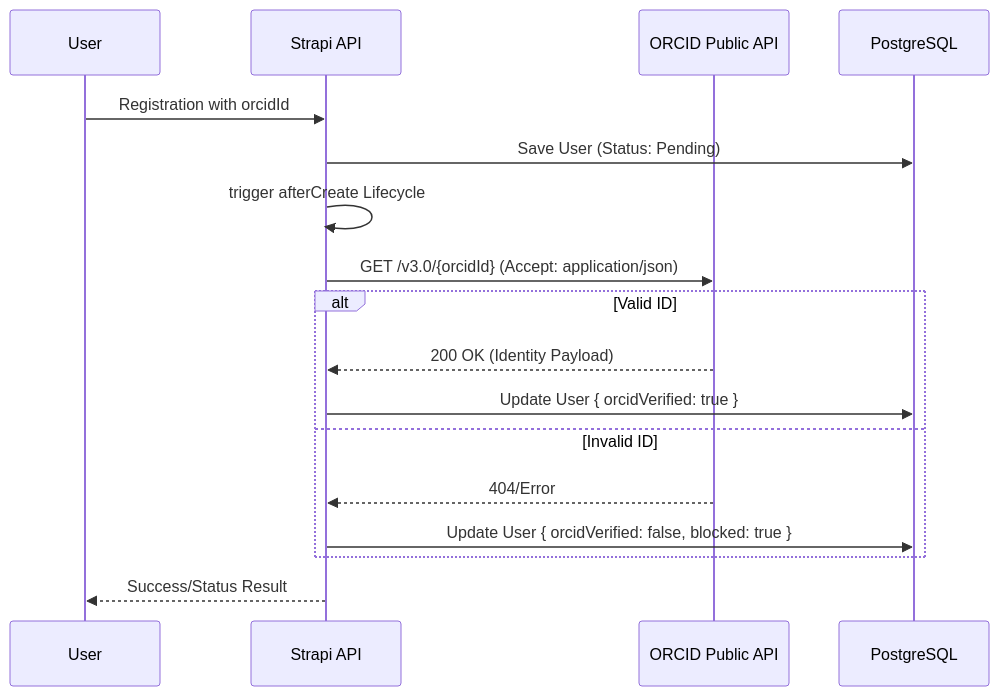
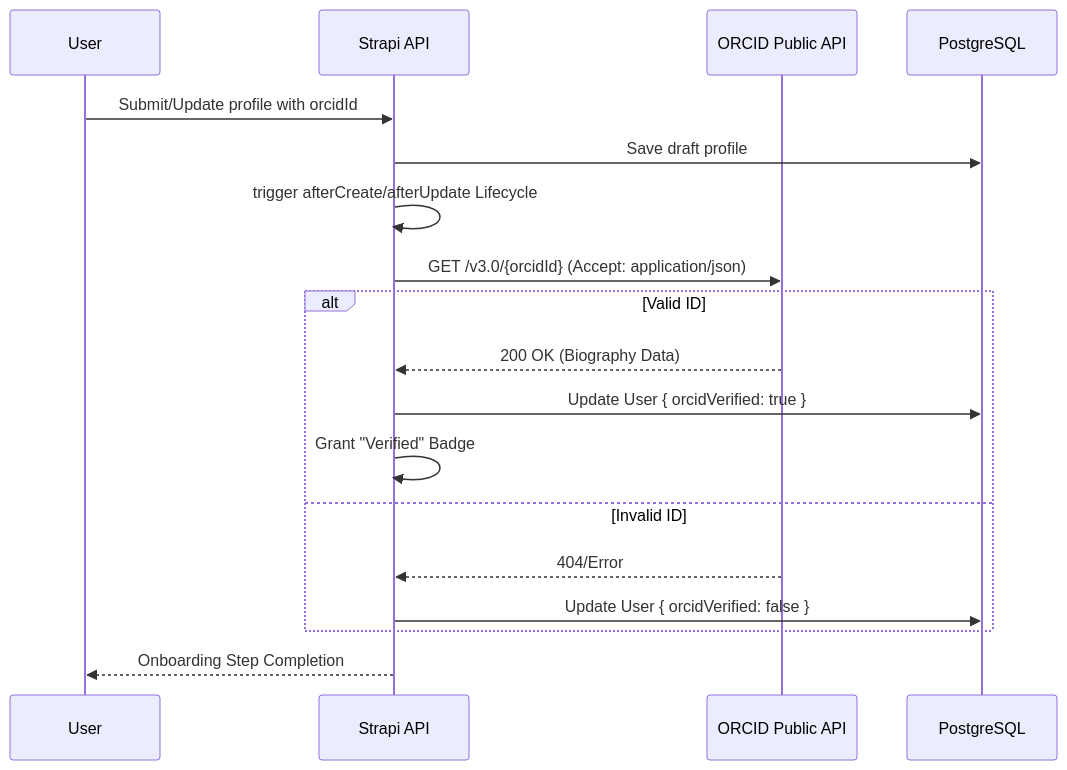
One commit to akvo/science-for-africa changed the first of 2 diagrams in docs/science-of-africa-lld.md. Above: the diagram before and after it, drawn with Mermaid. The commit also changed other lines of this file, not shown here.

Commit message:
[#docs] docs: finalize 10-page LLD with detailed ERD and Phase 1/2 roadmap

````diff
--- a/docs/science-of-africa-lld.md
+++ b/docs/science-of-africa-lld.md
@@ -66,20 +76,21 @@
 ```mermaid
 sequenceDiagram
     participant U as User
     participant S as Strapi API
     participant OA as ORCID Public API
     participant DB as PostgreSQL
     
-    U->>S: Registration with orcidId
-    S->>DB: Save User (Status: Pending)
-    S->>S: trigger afterCreate Lifecycle
+    U->>S: Submit/Update profile with orcidId
+    S->>DB: Save draft profile
+    S->>S: trigger afterCreate/afterUpdate Lifecycle
     S->>OA: GET /v3.0/{orcidId} (Accept: application/json)
     alt Valid ID
-        OA-->>S: 200 OK (Identity Payload)
+        OA-->>S: 200 OK (Biography Data)
         S->>DB: Update User { orcidVerified: true }
+        S->>S: Grant "Verified" Badge
     else Invalid ID
         OA-->>S: 404/Error
-        S->>DB: Update User { orcidVerified: false, blocked: true }
+        S->>DB: Update User { orcidVerified: false }
     end
-    S-->>U: Success/Status Result
+    S-->>U: Onboarding Step Completion
 ```
````
